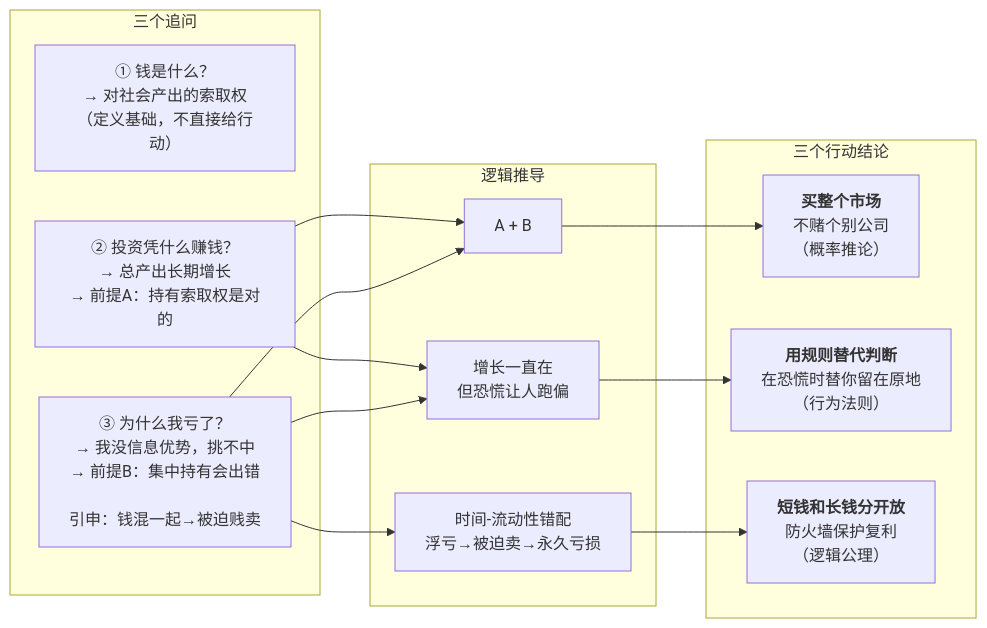
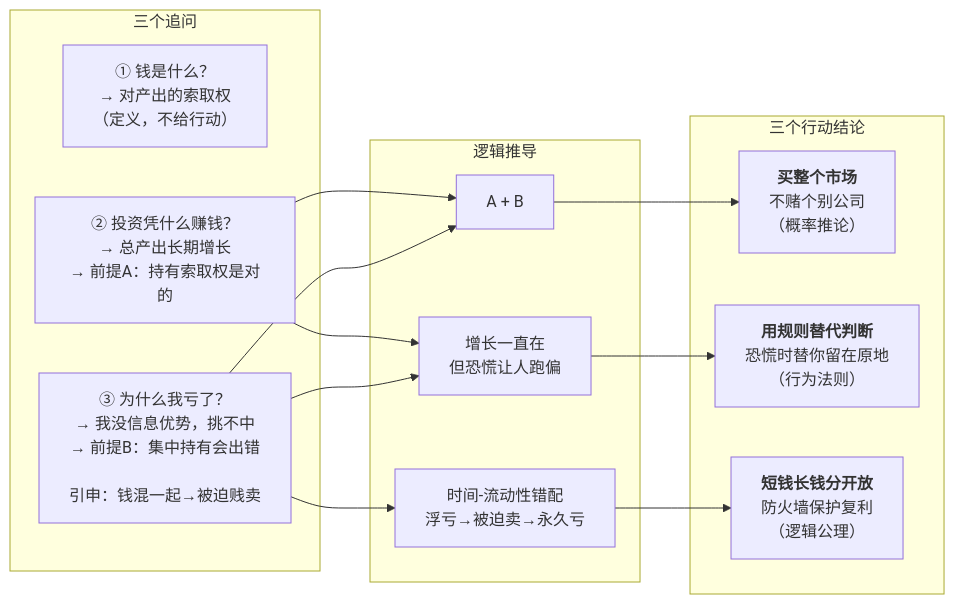
Before and after one commit to pengjizhang/pengjizhang.github.io: the first of 2 diagrams in money-system-first-principles.md, drawn with Mermaid. The commit also changed other lines of this file, not shown here.

````diff
--- a/money-system-first-principles.md
+++ b/money-system-first-principles.md
@@ -84,30 +55,30 @@
 ```mermaid
 flowchart LR
     subgraph 追问["三个追问"]
-        Q1["① 钱是什么？<br/>→ 对社会产出的索取权<br/>（定义基础，不直接给行动）"]
+        Q1["① 钱是什么？<br/>→ 对产出的索取权<br/>（定义，不给行动）"]
         Q2["② 投资凭什么赚钱？<br/>→ 总产出长期增长<br/>→ 前提A：持有索取权是对的"]
         Q3["③ 为什么我亏了？<br/>→ 我没信息优势，挑不中<br/>→ 前提B：集中持有会出错<br/><br/>引申：钱混一起→被迫贱卖"]
     end
 
     subgraph 推导["逻辑推导"]
         D1["A + B"]
         D2["增长一直在<br/>但恐慌让人跑偏"]
-        D3["时间-流动性错配<br/>浮亏→被迫卖→永久亏损"]
+        D3["时间-流动性错配<br/>浮亏→被迫卖→永久亏"]
     end
 
     subgraph 结论["三个行动结论"]
         C1["<b>买整个市场</b><br/>不赌个别公司<br/>（概率推论）"]
-        C2["<b>用规则替代判断</b><br/>在恐慌时替你留在原地<br/>（行为法则）"]
-        C3["<b>短钱和长钱分开放</b><br/>防火墙保护复利<br/>（逻辑公理）"]
+        C2["<b>用规则替代判断</b><br/>恐慌时替你留在原地<br/>（行为法则）"]
+        C3["<b>短钱长钱分开放</b><br/>防火墙保护复利<br/>（逻辑公理）"]
     end
 
     Q2 --> D1
     Q3 --> D1
     Q3 --> D3
     Q2 --> D2
     Q3 --> D2
 
     D1 --> C1
     D2 --> C2
     D3 --> C3
 ```
````
